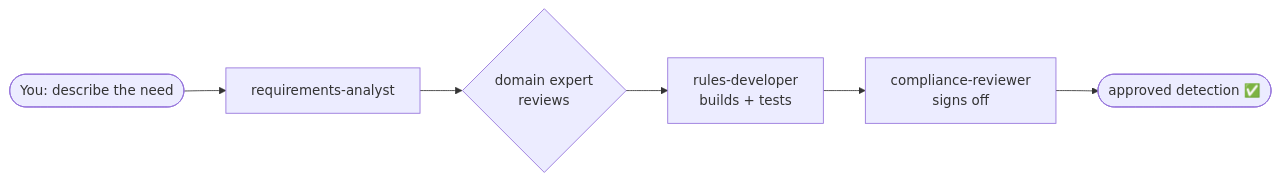
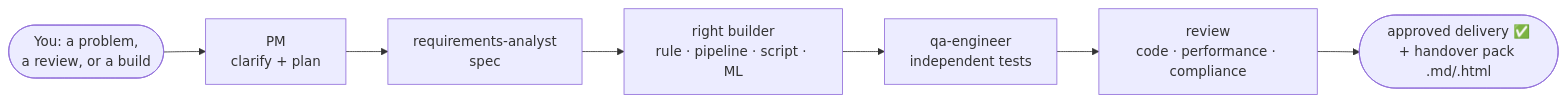
The diagram in README.md (danieledge/virtual-surv-IT), drawn with Mermaid before and after one commit. The commit also changed other lines of this file and 12 other files, not shown here.

First line of the commit message:
Claude Code setup review: fix invalid memory field, harden, reframe

````diff
--- a/README.md
+++ b/README.md
@@ -17,8 +22,9 @@
 ```mermaid
 flowchart LR
-    You([You: describe the need]) --> RA[requirements-analyst]
-    RA --> SME{domain expert<br/>reviews}
-    SME --> Dev[rules-developer<br/>builds + tests]
-    Dev --> Rev[compliance-reviewer<br/>signs off]
-    Rev --> Done([approved detection ✅])
+    You([You: a problem,<br/>a review, or a build]) --> PM[PM<br/>clarify + plan]
+    PM --> RA[requirements-analyst<br/>spec]
+    RA --> Build[right builder<br/>rule · pipeline · script · ML]
+    Build --> QA[qa-engineer<br/>independent tests]
+    QA --> Rev[review<br/>code · performance · compliance]
+    Rev --> Done([approved delivery ✅<br/>+ handover pack .md/.html])
 ```
````
